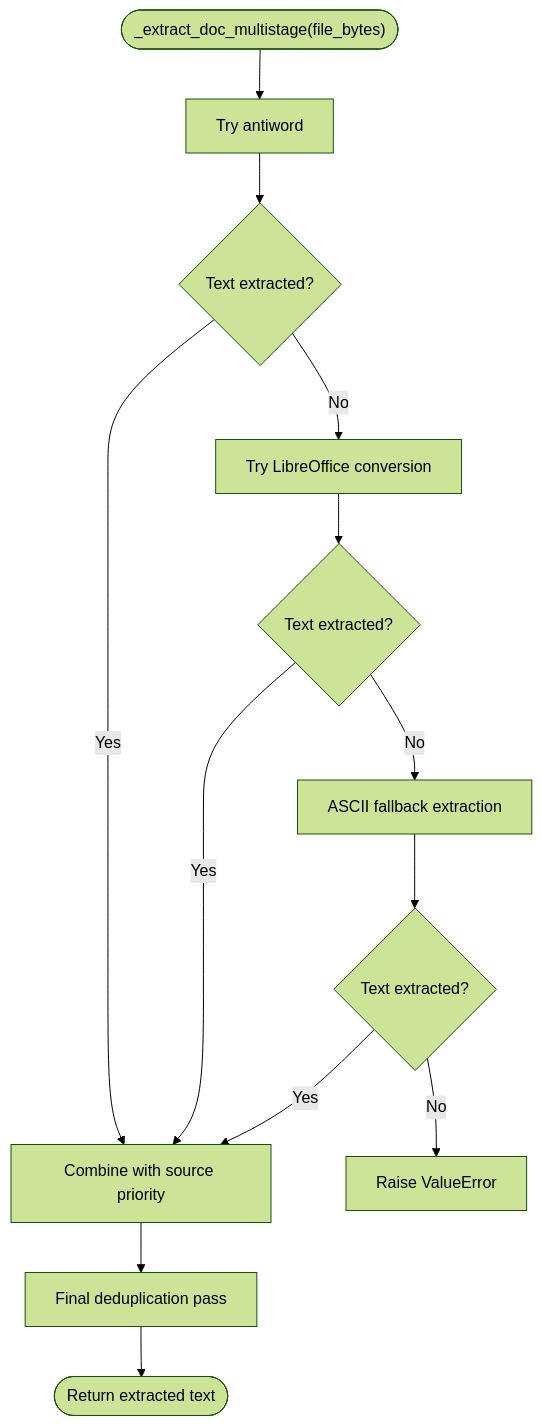
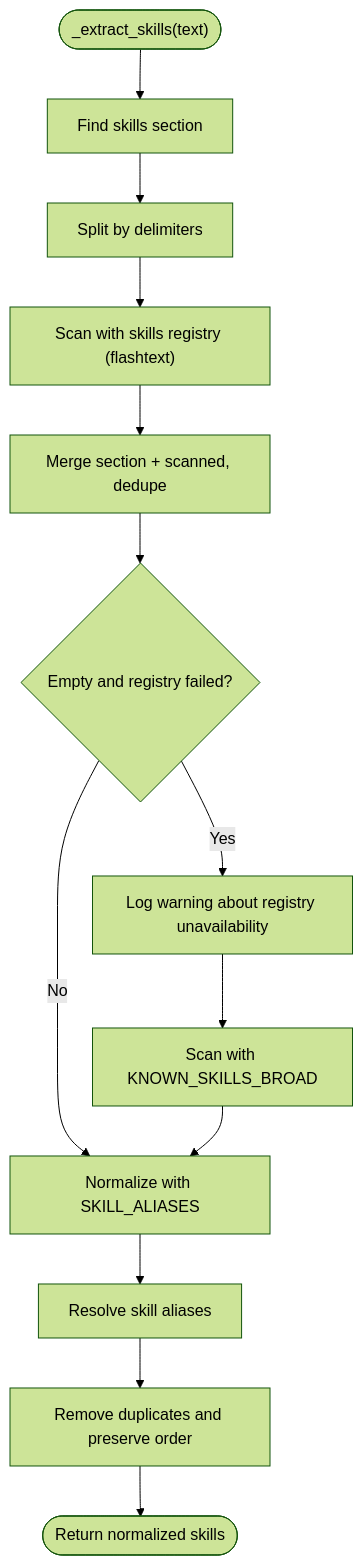
One commit to Revanththetalogics/aireume changed the sixth of 19 diagrams in .qoder/repowiki/en/content/Analysis Engine/Parser Service.md. Above: the diagram before and after it, drawn with Mermaid (forest theme). The commit also changed other lines of this file and 41 other files, not shown here.

````diff
--- a/.qoder/repowiki/en/content/Analysis Engine/Parser Service.md
+++ b/.qoder/repowiki/en/content/Analysis Engine/Parser Service.md
@@ -285,15 +366,15 @@
 ```mermaid
 flowchart TD
-Start(["_extract_doc_multistage(file_bytes)"]) --> Antiword["Try antiword"]
-Antiword --> Success1{"Text extracted?"}
-Success1 --> |Yes| Combine["Combine with source priority"]
-Success1 --> |No| LibreOffice["Try LibreOffice conversion"]
-LibreOffice --> Success2{"Text extracted?"}
-Success2 --> |Yes| Combine
-Success2 --> |No| ASCIIFallback["ASCII fallback extraction"]
-ASCIIFallback --> Success3{"Text extracted?"}
-Success3 --> |Yes| Combine
-Success3 --> |No| Error["Raise ValueError"]
-Combine --> Deduplicate["Final deduplication pass"]
-Deduplicate --> Return(["Return extracted text"])
+SkillStart(["_extract_skills(text)"]) --> Section["Find skills section"]
+Section --> Split["Split by delimiters"]
+Split --> Registry["Scan with skills registry (flashtext)"]
+Registry --> Merge["Merge section + scanned, dedupe"]
+Merge --> Fallback{"Empty and registry failed?"}
+Fallback --> |Yes| LogWarn["Log warning about registry unavailability"]
+LogWarn --> Broad["Scan with KNOWN_SKILLS_BROAD"]
+Fallback --> |No| Normalize["Normalize with SKILL_ALIASES"]
+Broad --> Normalize
+Normalize --> Aliases["Resolve skill aliases"]
+Aliases --> Deduplicate["Remove duplicates and preserve order"]
+Deduplicate --> Return(["Return normalized skills"])
 ```
````
